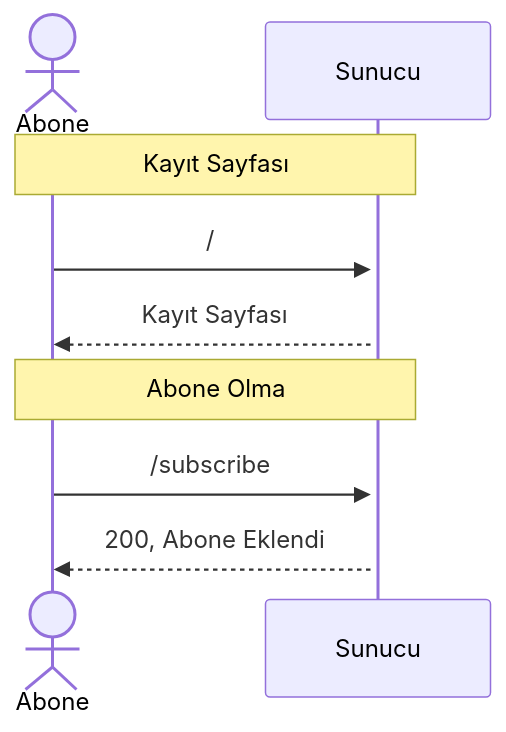
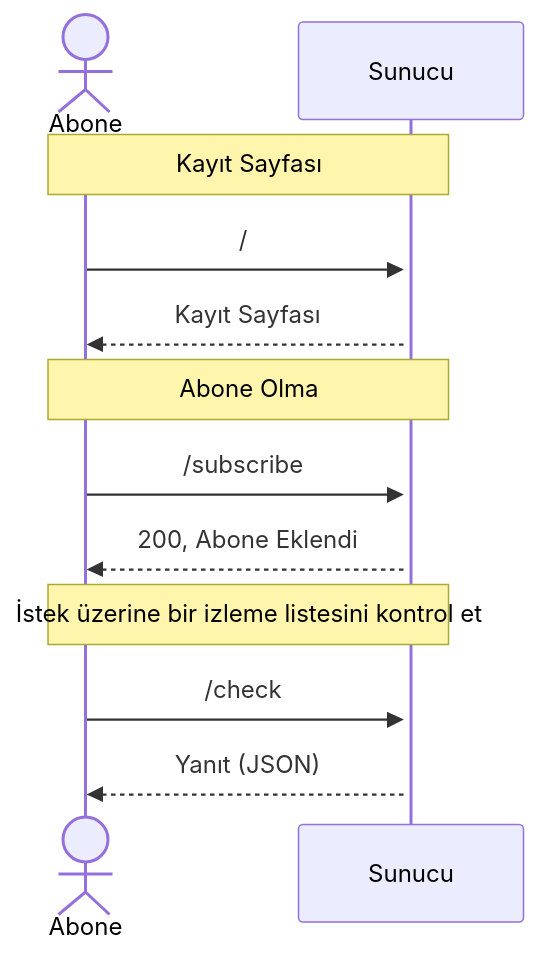
The second of 2 diagrams in turkish-readme.md (yussufbiyik/lego-store-stock-checker), drawn with Mermaid before and after one commit. The commit also changed 1 other file, not shown here.

Commit message:
Update server user relations

````diff
--- a/turkish-readme.md
+++ b/turkish-readme.md
@@ -40,10 +40,13 @@
 ```mermaid
 sequenceDiagram
     actor Abone
     Note over Abone,Sunucu: Kayıt Sayfası
     Abone->>+Sunucu: /
     Sunucu-->>Abone: Kayıt Sayfası
     Note over Abone,Sunucu: Abone Olma
     Abone->>+Sunucu: /subscribe
     Sunucu-->>Abone: 200, Abone Eklendi
+    Note over Abone,Sunucu: İstek üzerine bir izleme listesini kontrol et
+    Abone->>+Sunucu: /check
+    Sunucu-->>Abone: Yanıt (JSON)
 ```
````
